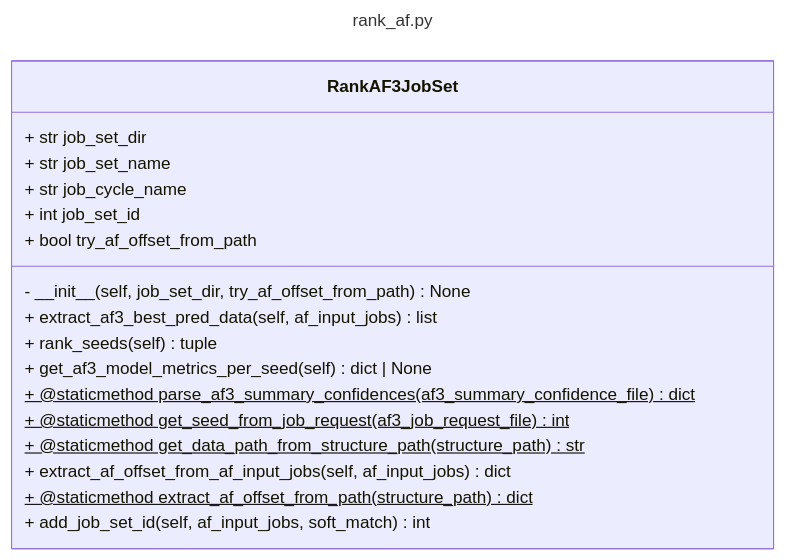
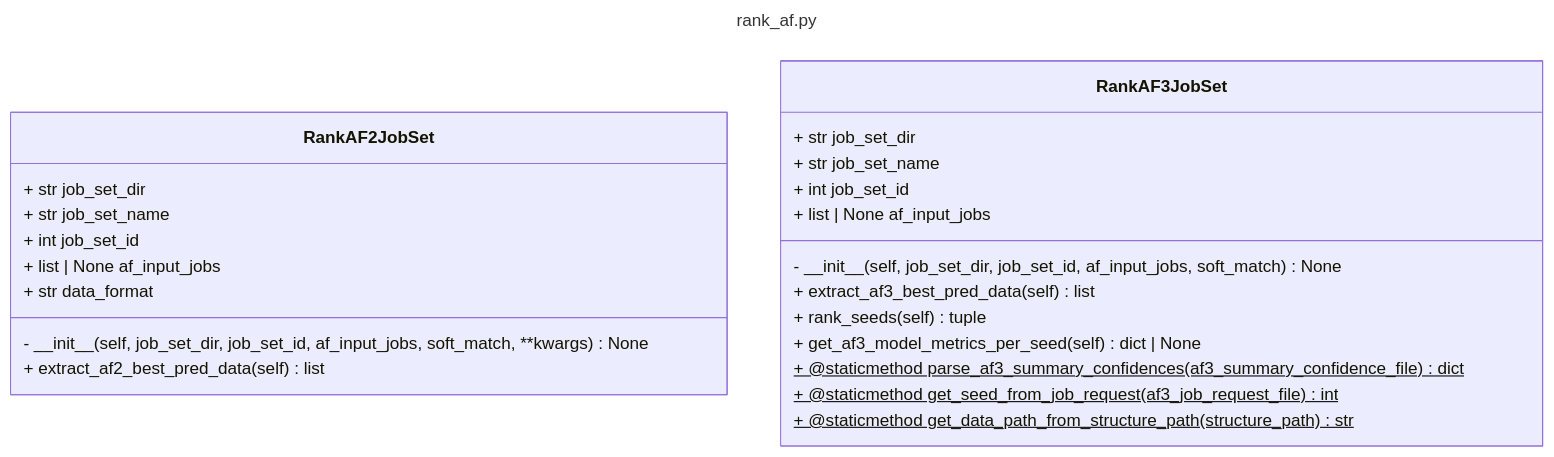
One commit to isblab/af_pipeline changed the diagram in docs/mermaid/rank_af.py.md. Above: the diagram before and after it, drawn with Mermaid. The commit also changed 2 other files, not shown here.

Commit message:
update examples

````diff
--- a/docs/mermaid/rank_af.py.md
+++ b/docs/mermaid/rank_af.py.md
@@ -1,23 +1,29 @@
 ```mermaid
 ---
 title: rank_af.py
 ---
 classDiagram
+    class RankAF2JobSet {
+        + str job_set_dir
+        + str job_set_name
+        + int job_set_id
+        + list | None af_input_jobs
+        + str data_format
+        - \_\_init__(self, job_set_dir, job_set_id, af_input_jobs, soft_match, **kwargs) None
+        + extract_af2_best_pred_data(self) list
+    }
+
     class RankAF3JobSet {
         + str job_set_dir
         + str job_set_name
-        + str job_cycle_name
         + int job_set_id
-        + bool try_af_offset_from_path
-        - \_\_init__(self, job_set_dir, try_af_offset_from_path) None
-        + extract_af3_best_pred_data(self, af_input_jobs) list
+        + list | None af_input_jobs
+        - \_\_init__(self, job_set_dir, job_set_id, af_input_jobs, soft_match) None
+        + extract_af3_best_pred_data(self) list
         + rank_seeds(self) tuple
         + get_af3_model_metrics_per_seed(self) dict | None
         + @staticmethod parse_af3_summary_confidences(af3_summary_confidence_file) dict$
         + @staticmethod get_seed_from_job_request(af3_job_request_file) int$
         + @staticmethod get_data_path_from_structure_path(structure_path) str$
-        + extract_af_offset_from_af_input_jobs(self, af_input_jobs) dict
-        + @staticmethod extract_af_offset_from_path(structure_path) dict$
-        + add_job_set_id(self, af_input_jobs, soft_match) int
     }
 ```
````
